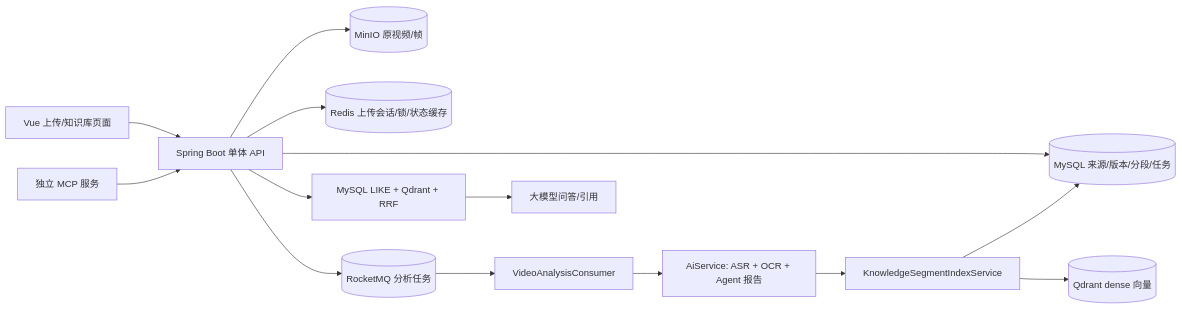
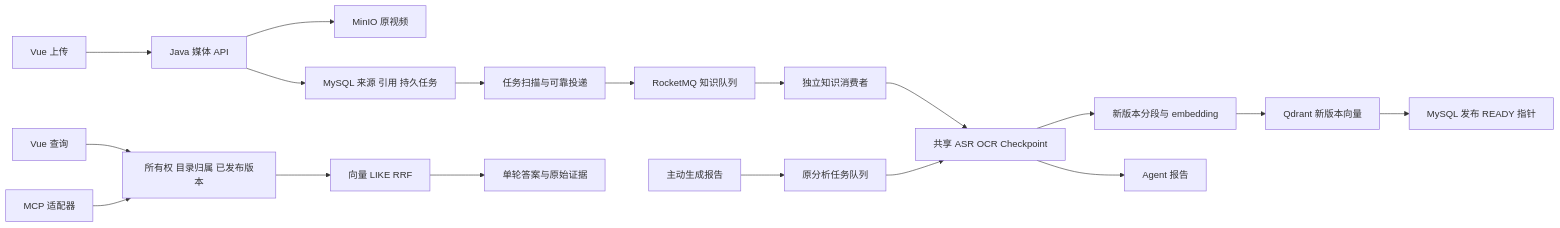
One commit to qianzhu18/DOVideo-AI changed the diagram in docs/CURRENT_ARCHITECTURE_ASSESSMENT.md. Above: the diagram before and after it, drawn with Mermaid. The commit also changed other lines of this file and 96 other files, not shown here.

````diff
--- a/docs/CURRENT_ARCHITECTURE_ASSESSMENT.md
+++ b/docs/CURRENT_ARCHITECTURE_ASSESSMENT.md
@@ -11,16 +26,20 @@
 ```mermaid
 flowchart LR
-    UI[Vue 上传/知识库页面] --> JAVA[Spring Boot 单体 API]
-    MCP[独立 MCP 服务] --> JAVA
-    JAVA --> MINIO[(MinIO 原视频/帧)]
-    JAVA --> MYSQL[(MySQL 来源/版本/分段/任务)]
-    JAVA --> REDIS[(Redis 上传会话/锁/状态缓存)]
-    JAVA --> MQ[(RocketMQ 分析任务)]
-    MQ --> CONSUMER[VideoAnalysisConsumer]
-    CONSUMER --> AI[AiService: ASR + OCR + Agent 报告]
-    AI --> INDEX[KnowledgeSegmentIndexService]
-    INDEX --> MYSQL
-    INDEX --> QDRANT[(Qdrant dense 向量)]
-    JAVA --> SEARCH[MySQL LIKE + Qdrant + RRF]
-    SEARCH --> ANSWER[大模型问答/引用]
+  UI[Vue 上传] --> API[Java 媒体 API]
+  API --> OBJ[MinIO 原视频]
+  API --> SQL[MySQL 来源 引用 持久任务]
+  SQL --> OUT[任务扫描与可靠投递]
+  OUT --> MQ[RocketMQ 知识队列]
+  MQ --> WORK[独立知识消费者]
+  WORK --> PREP[共享 ASR OCR Checkpoint]
+  PREP --> BUILD[新版本分段与 embedding]
+  BUILD --> VEC[Qdrant 新版本向量]
+  VEC --> PUB[MySQL 发布 READY 指针]
+  REPORT[主动生成报告] --> AQ[原分析任务队列]
+  AQ --> PREP
+  PREP --> AG[Agent 报告]
+  WEB[Vue 查询] --> SCOPE[所有权 目录归属 已发布版本]
+  MCP[MCP 适配器] --> SCOPE
+  SCOPE --> SEARCH[向量 LIKE RRF]
+  SEARCH --> ANSWER[单轮答案与原始证据]
 ```
````
